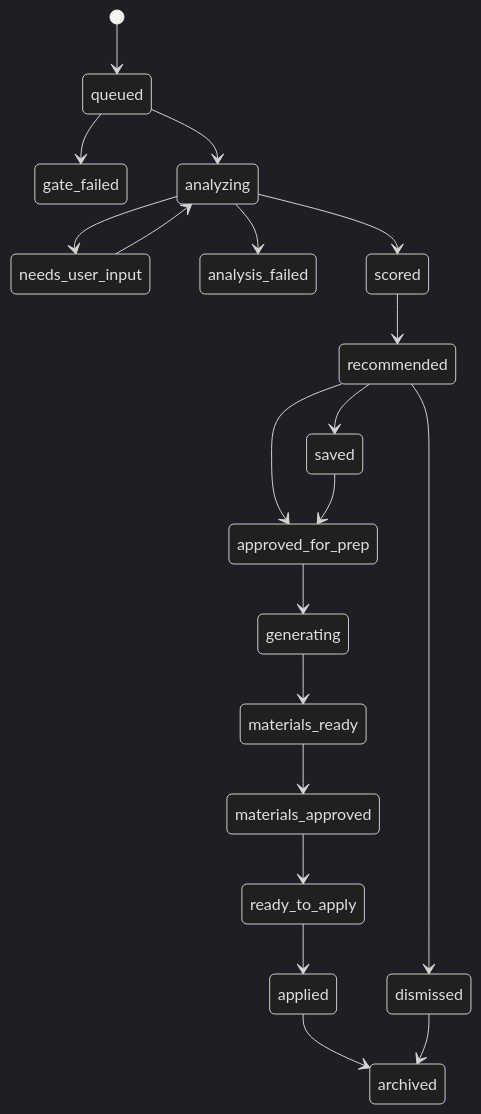
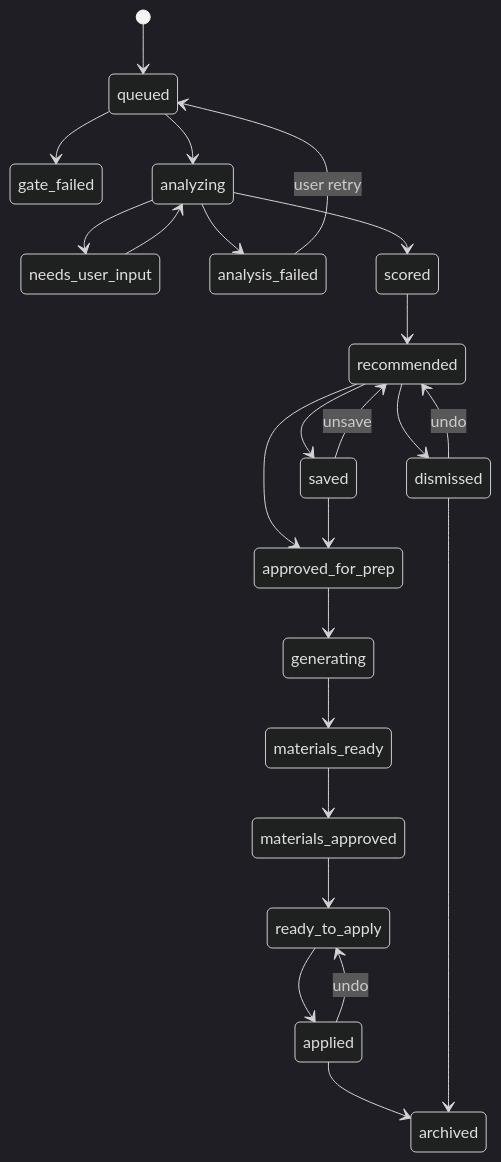
Before and after one commit to manikanta7cheruku/provenance: the fifth of 5 diagrams in docs/architecture/architecture.md, drawn with Mermaid (dark theme). The commit also changed other lines of this file and 91 other files, not shown here.

````diff
--- a/docs/architecture/architecture.md
+++ b/docs/architecture/architecture.md
@@ -127,22 +127,26 @@
 ```mermaid
 stateDiagram-v2
   [*] --> queued
   queued --> gate_failed
   queued --> analyzing
   analyzing --> needs_user_input
   needs_user_input --> analyzing
   analyzing --> analysis_failed
+  analysis_failed --> queued : user retry
   analyzing --> scored
   scored --> recommended
   recommended --> saved
+  saved --> recommended : unsave
   recommended --> dismissed
+  dismissed --> recommended : undo
   recommended --> approved_for_prep
   saved --> approved_for_prep
   approved_for_prep --> generating
   generating --> materials_ready
   materials_ready --> materials_approved
   materials_approved --> ready_to_apply
   ready_to_apply --> applied
+  applied --> ready_to_apply : undo
   applied --> archived
   dismissed --> archived
 ```
````
